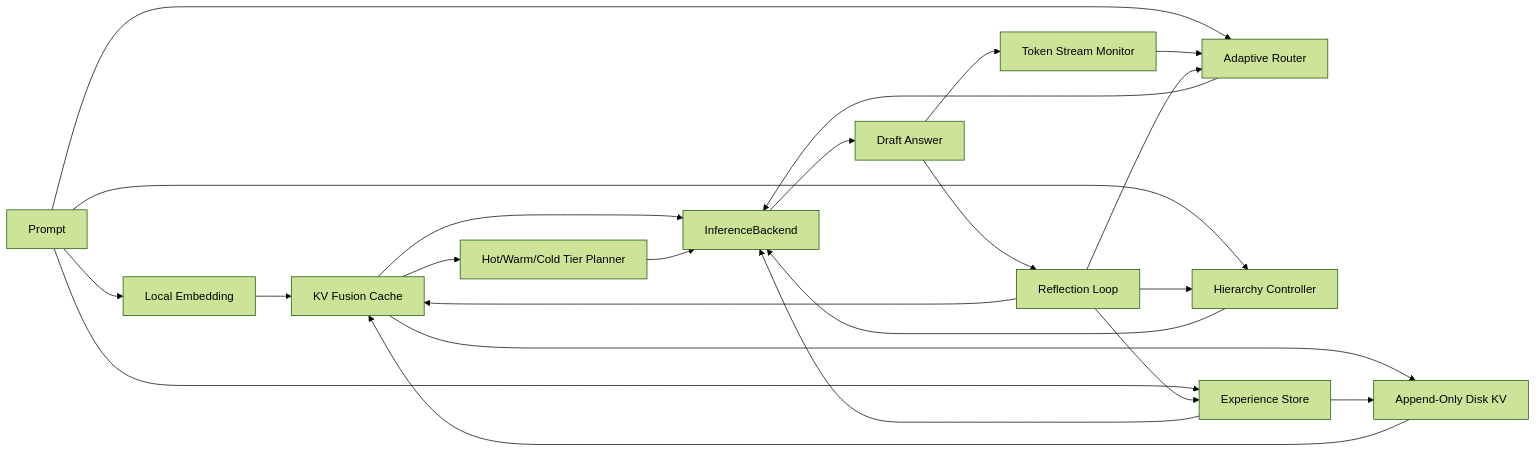
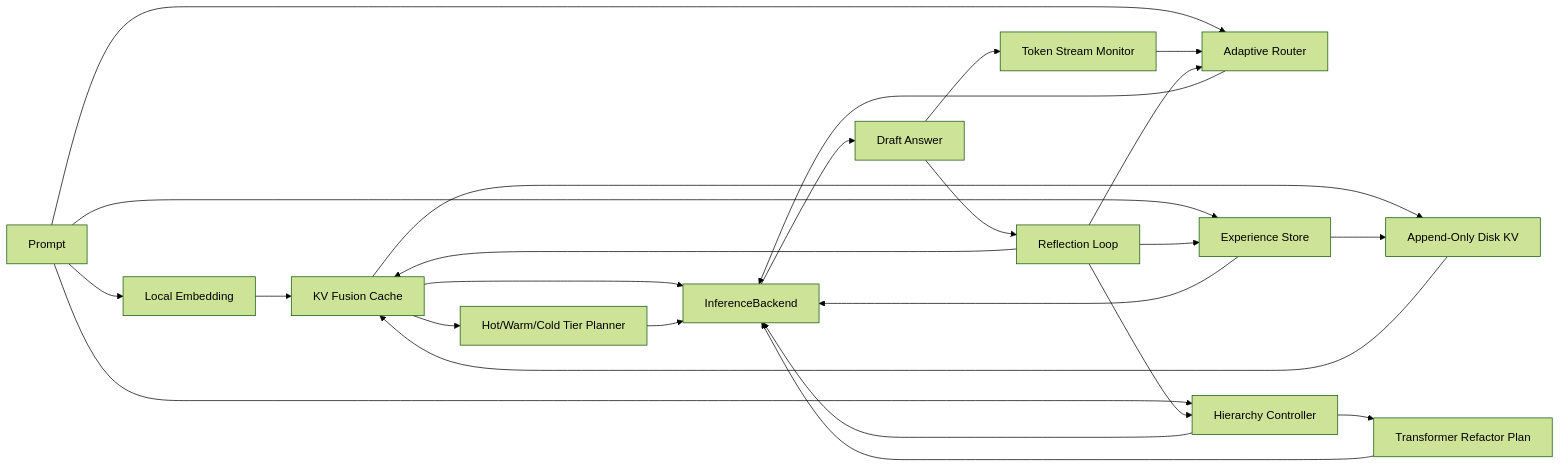
The diagram in README.md (yanghao1143/rust-norion), drawn with Mermaid (forest theme) before and after one commit. The commit also changed other lines of this file and 8 other files, not shown here.

````diff
--- a/README.md
+++ b/README.md
@@ -102,25 +106,27 @@
 ```mermaid
 flowchart LR
     Prompt[Prompt] --> Embed[Local Embedding]
     Embed --> Memory[KV Fusion Cache]
     Memory --> DiskKV[Append-Only Disk KV]
     Memory --> Tiers[Hot/Warm/Cold Tier Planner]
     Prompt --> Router[Adaptive Router]
     Prompt --> Hierarchy[Hierarchy Controller]
     Prompt --> Experience[Experience Store]
+    Hierarchy --> Transformer[Transformer Refactor Plan]
     Memory --> Backend[InferenceBackend]
     DiskKV --> Memory
     Tiers --> Backend
     Experience --> Backend
+    Transformer --> Backend
     Router --> Backend
     Hierarchy --> Backend
     Backend --> Draft[Draft Answer]
     Draft --> Stream[Token Stream Monitor]
     Draft --> Reflect[Reflection Loop]
     Stream --> Router
     Reflect --> Experience[Experience Store]
     Reflect --> Memory
     Experience --> DiskKV
     Reflect --> Router
     Reflect --> Hierarchy
 ```
````
